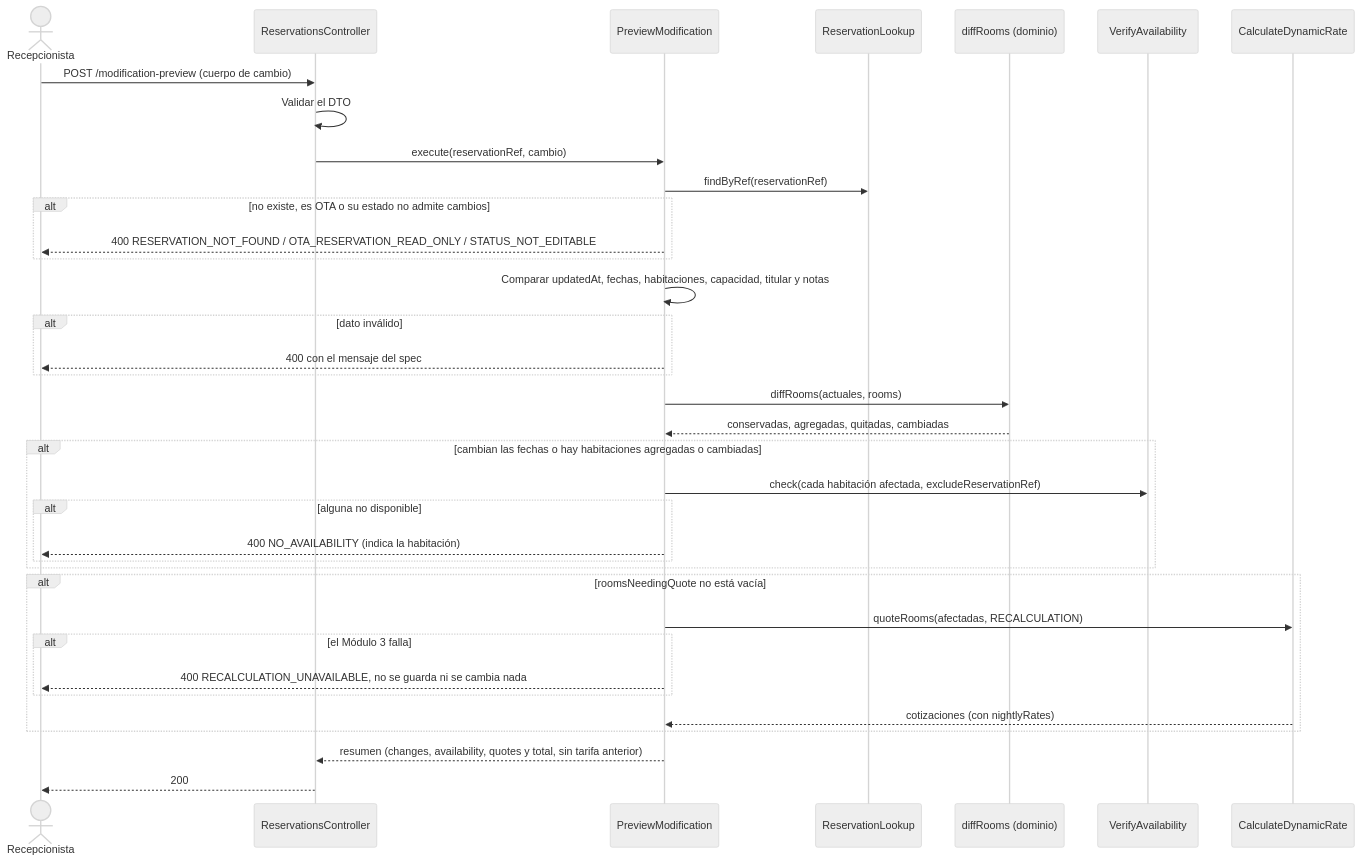
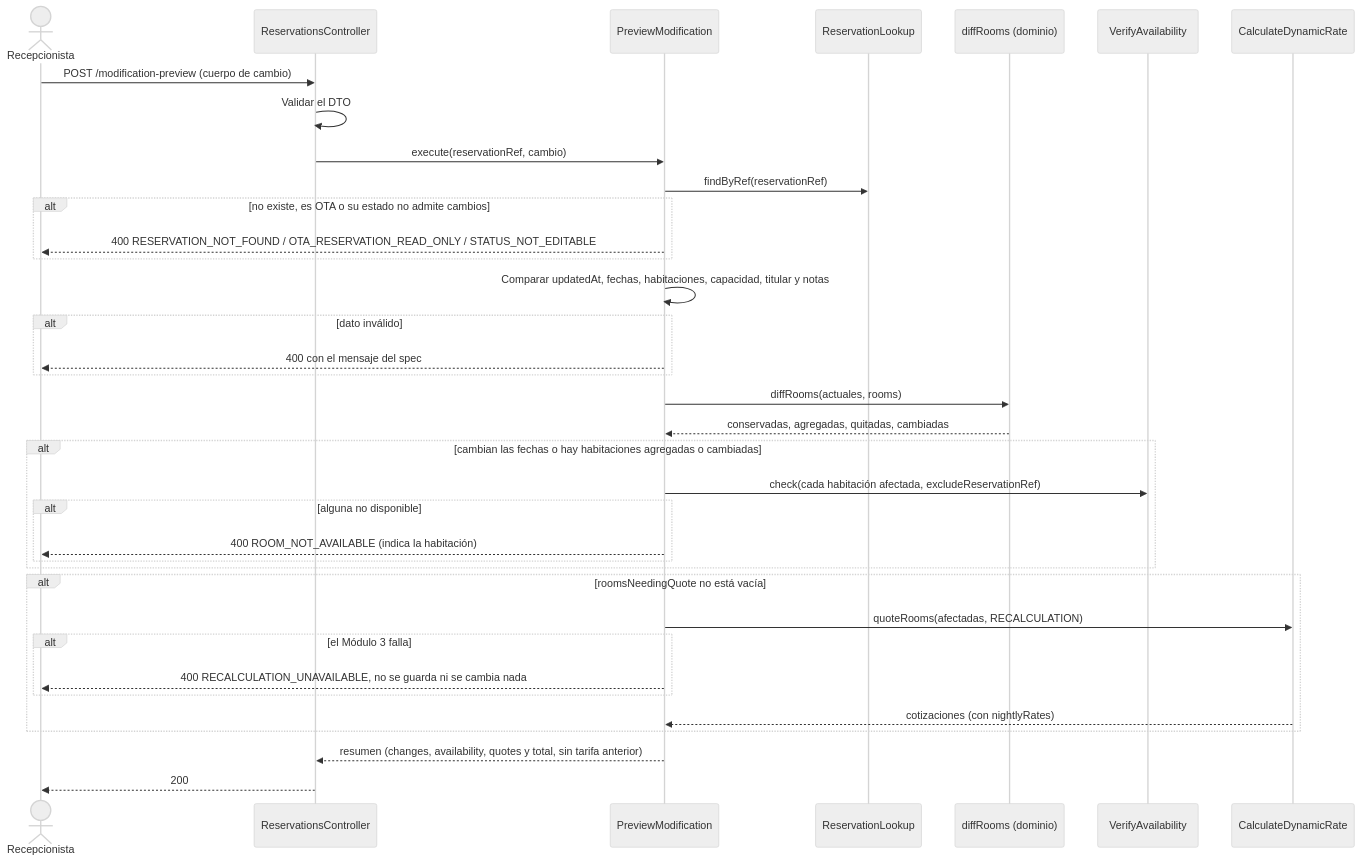
Before and after one commit to Lapicero312-lapi/HOSPITUA-MOD-2: the first of 5 diagrams in specs/update-reservation/plan.md, drawn with Mermaid (neutral theme). The commit also changed other lines of this file and 14 other files, not shown here.

````diff
--- a/specs/update-reservation/plan.md
+++ b/specs/update-reservation/plan.md
@@ -498,39 +512,39 @@
 ```mermaid
 sequenceDiagram
     actor R as Recepcionista
     participant C as ReservationsController
     participant U as PreviewModification
     participant L as ReservationLookup
     participant D as diffRooms (dominio)
     participant V as VerifyAvailability
     participant Q as CalculateDynamicRate
 
     R->>C: POST /modification-preview (cuerpo de cambio)
     C->>C: Validar el DTO
     C->>U: execute(reservationRef, cambio)
     U->>L: findByRef(reservationRef)
     alt no existe, es OTA o su estado no admite cambios
         U-->>R: 400 RESERVATION_NOT_FOUND / OTA_RESERVATION_READ_ONLY / STATUS_NOT_EDITABLE
     end
     U->>U: Comparar updatedAt, fechas, habitaciones, capacidad, titular y notas
     alt dato inválido
         U-->>R: 400 con el mensaje del spec
     end
     U->>D: diffRooms(actuales, rooms)
     D-->>U: conservadas, agregadas, quitadas, cambiadas
     alt cambian las fechas o hay habitaciones agregadas o cambiadas
         U->>V: check(cada habitación afectada, excludeReservationRef)
         alt alguna no disponible
-            U-->>R: 400 NO_AVAILABILITY (indica la habitación)
+            U-->>R: 400 ROOM_NOT_AVAILABLE (indica la habitación)
         end
     end
     alt roomsNeedingQuote no está vacía
         U->>Q: quoteRooms(afectadas, RECALCULATION)
         alt el Módulo 3 falla
             U-->>R: 400 RECALCULATION_UNAVAILABLE, no se guarda ni se cambia nada
         end
         Q-->>U: cotizaciones (con nightlyRates)
     end
     U-->>C: resumen (changes, availability, quotes y total, sin tarifa anterior)
     C-->>R: 200
 ```
````
